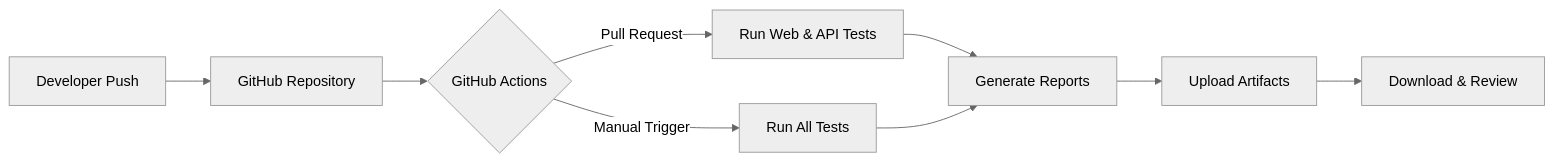
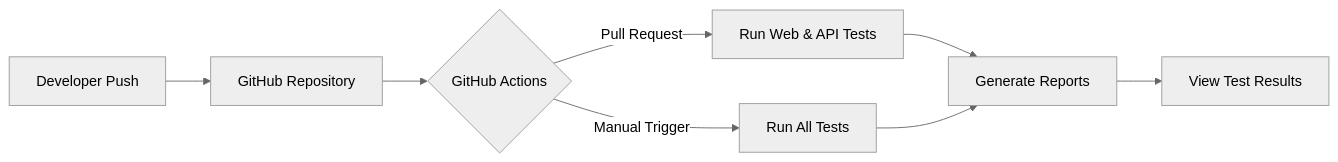
One commit to azka-art/DemoBlaze-automation-framework changed the third of 7 diagrams in README.md. Above: the diagram before and after it, drawn with Mermaid (neutral theme). The commit also changed other lines of this file, not shown here.

````diff
--- a/README.md
+++ b/README.md
@@ -188,13 +189,12 @@
 ```mermaid
 graph LR
     A[Developer Push] --> B[GitHub Repository]
     B --> C{GitHub Actions}
     C -->|Pull Request| D[Run Web & API Tests]
     C -->|Manual Trigger| E[Run All Tests]
     
     D --> F[Generate Reports]
     E --> F
     
-    F --> G[Upload Artifacts]
-    G --> H[Download & Review]
+    F --> G[View Test Results]
 ```
````
